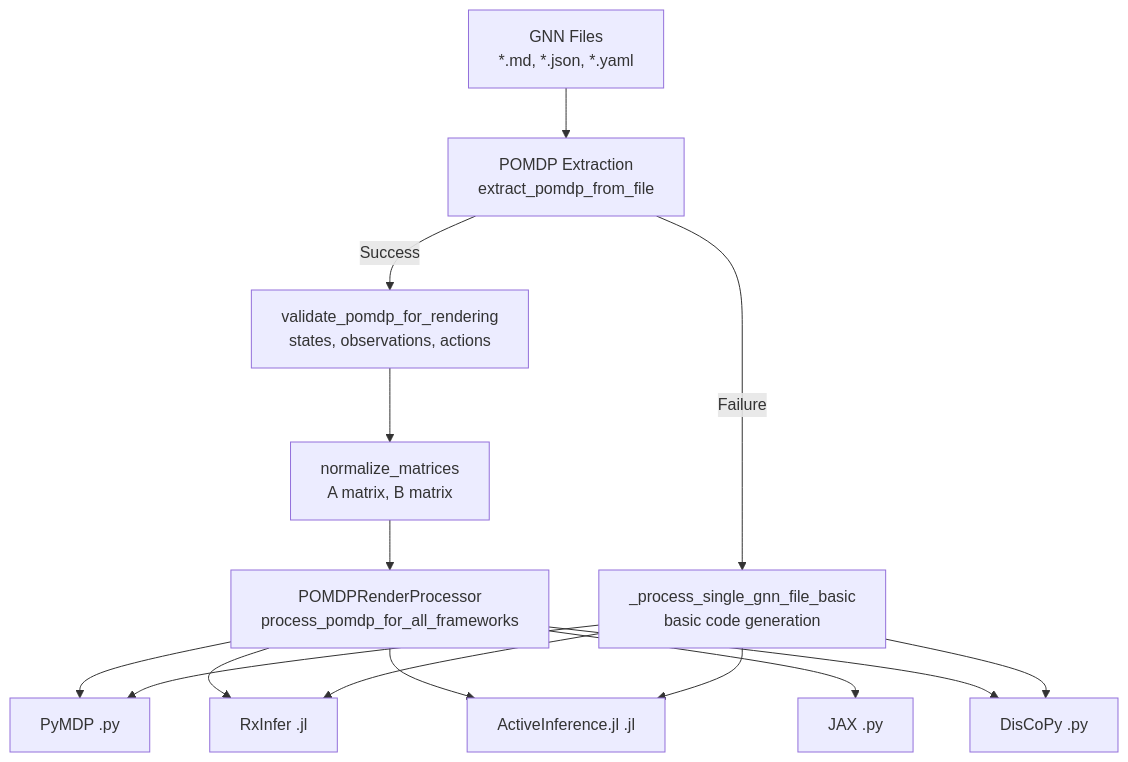
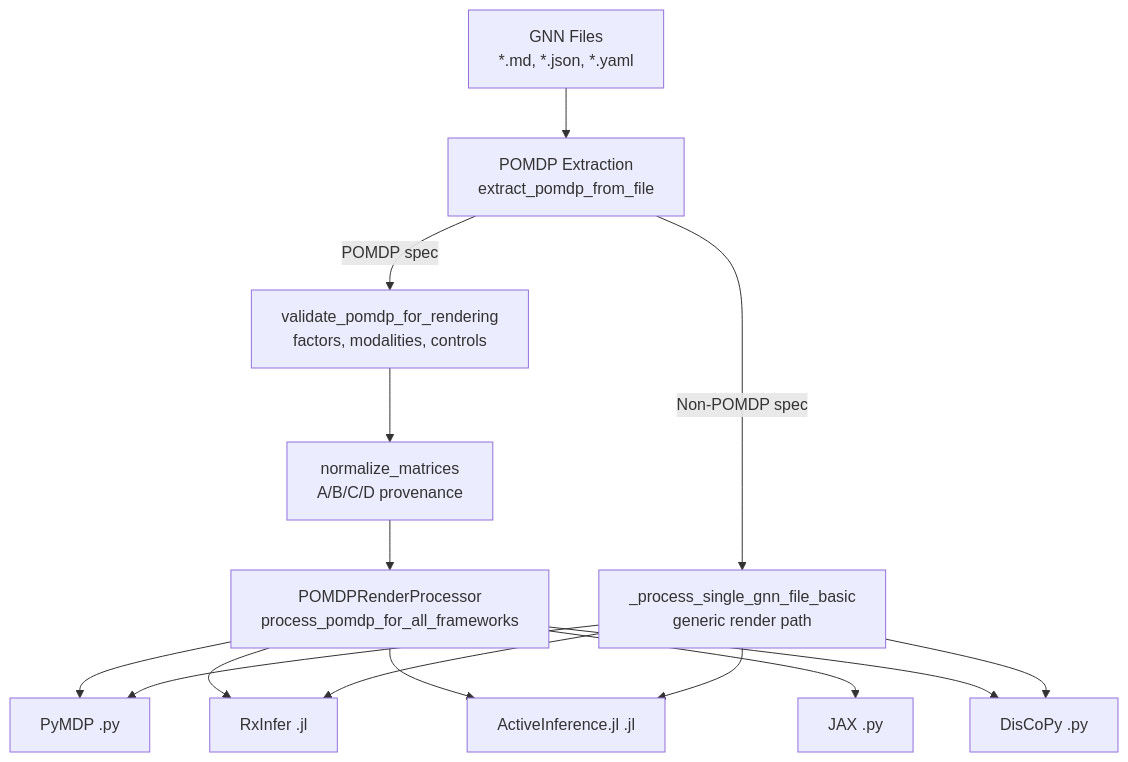
The first of 8 diagrams in doc/gnn/integration/gnn_implementation.md (ActiveInferenceInstitute/GeneralizedNotationNotation), drawn with Mermaid before and after one commit. The commit also changed other lines of this file and 162 other files, not shown here.

````diff
--- a/doc/gnn/integration/gnn_implementation.md
+++ b/doc/gnn/integration/gnn_implementation.md
@@ -45,17 +45,17 @@
 ```mermaid
 flowchart TD
     GNN[GNN Files<br>*.md, *.json, *.yaml] --> EXTRACT[POMDP Extraction<br>extract_pomdp_from_file]
-    EXTRACT -->|Success| VALIDATE[validate_pomdp_for_rendering<br>states, observations, actions]
-    EXTRACT -->|Failure| BASIC[_process_single_gnn_file_basic<br>basic code generation]
-    VALIDATE --> NORMALIZE[normalize_matrices<br>A matrix, B matrix]
+    EXTRACT -->|POMDP spec| VALIDATE[validate_pomdp_for_rendering<br>factors, modalities, controls]
+    EXTRACT -->|Non-POMDP spec| BASIC[_process_single_gnn_file_basic<br>generic render path]
+    VALIDATE --> NORMALIZE[normalize_matrices<br>A/B/C/D provenance]
     NORMALIZE --> RENDER[POMDPRenderProcessor<br>process_pomdp_for_all_frameworks]
     RENDER --> PYMDP[PyMDP .py]
     RENDER --> RXINFER[RxInfer .jl]
     RENDER --> ACTINF[ActiveInference.jl .jl]
     RENDER --> JAX[JAX .py]
     RENDER --> DISCOPY[DisCoPy .py]
     BASIC --> PYMDP
     BASIC --> RXINFER
     BASIC --> ACTINF
     BASIC --> DISCOPY
 ```
````
